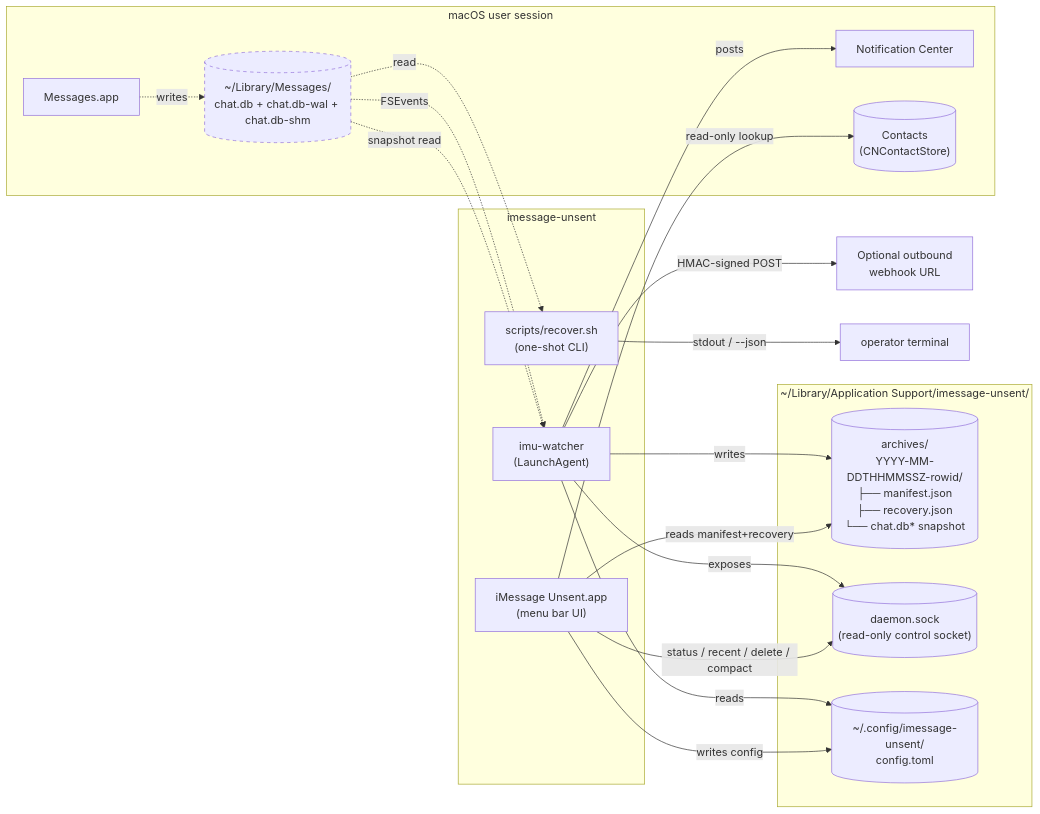
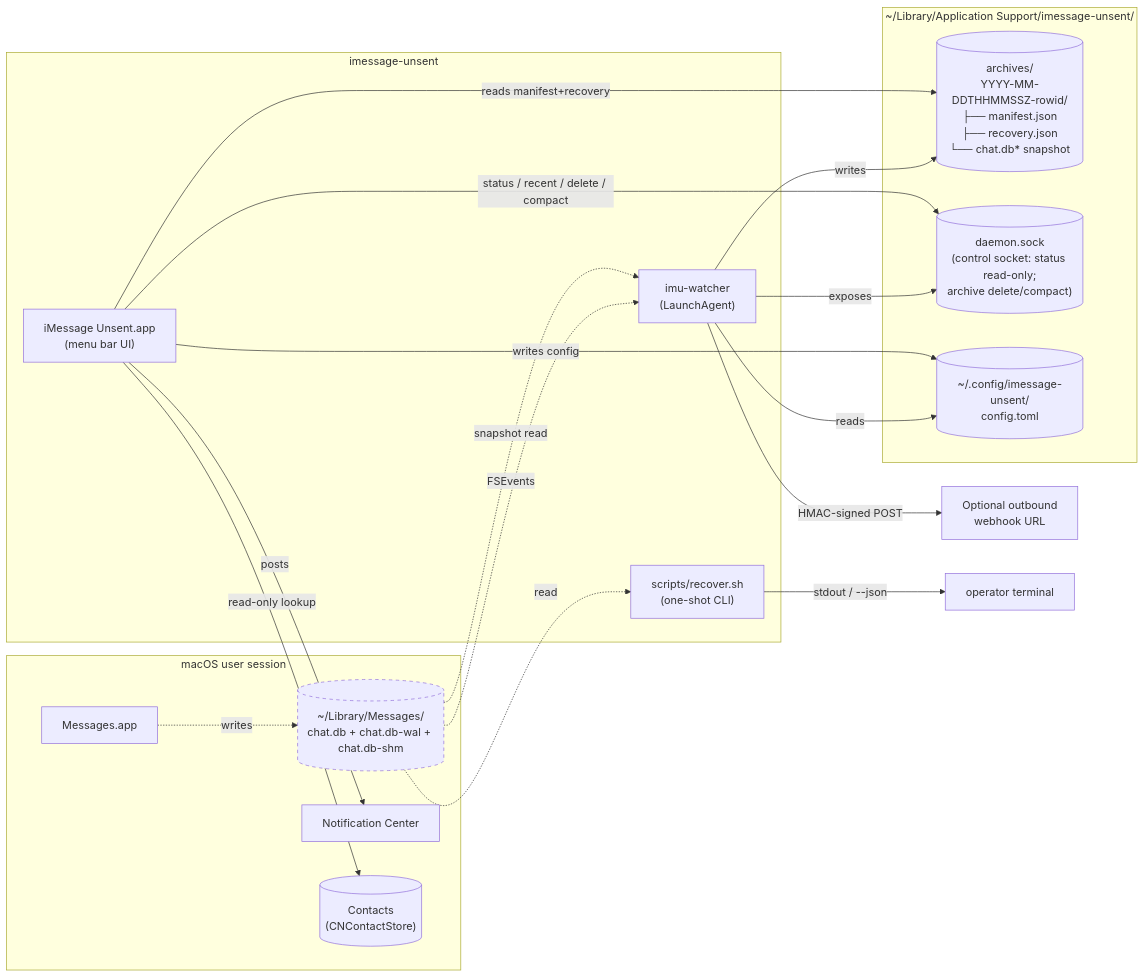
One commit to tyhallcsu/imessage-unsent changed the first of 3 diagrams in docs/architecture.md. Above: the diagram before and after it, drawn with Mermaid. The commit also changed other lines of this file and 8 other files, not shown here.

````diff
--- a/docs/architecture.md
+++ b/docs/architecture.md
@@ -11,44 +11,44 @@
 ```mermaid
 flowchart LR
     subgraph macOS["macOS user session"]
         Messages["Messages.app"]
         ChatDB[("~/Library/Messages/<br/>chat.db + chat.db-wal + chat.db-shm")]
         Notify["Notification Center"]
         Contacts[("Contacts<br/>(CNContactStore)")]
     end
 
     subgraph Project["imessage-unsent"]
         CLI["scripts/recover.sh<br/>(one-shot CLI)"]
         Daemon["imu-watcher<br/>(LaunchAgent)"]
         GUI["iMessage Unsent.app<br/>(menu bar UI)"]
     end
 
     subgraph Storage["~/Library/Application Support/imessage-unsent/"]
         Archives[("archives/<br/>YYYY-MM-DDTHHMMSSZ-rowid/<br/>├── manifest.json<br/>├── recovery.json<br/>└── chat.db* snapshot")]
-        Sock[("daemon.sock<br/>(read-only control socket)")]
+        Sock[("daemon.sock<br/>(control socket: status read-only;<br/>archive delete/compact)")]
         Cfg[("~/.config/imessage-unsent/<br/>config.toml")]
     end
 
     Webhook["Optional outbound<br/>webhook URL"]
 
     Messages -.writes.-> ChatDB
     ChatDB -.read.-> CLI
     ChatDB -.FSEvents.-> Daemon
     ChatDB -.snapshot read.-> Daemon
 
     CLI -->|stdout / --json| User1["operator terminal"]
 
     Daemon -->|writes| Archives
     Daemon -->|exposes| Sock
-    Daemon -->|posts| Notify
+    GUI -->|posts| Notify
     Daemon -->|HMAC-signed POST| Webhook
     Daemon -->|reads| Cfg
 
     GUI -->|status / recent / delete / compact| Sock
     GUI -->|reads manifest+recovery| Archives
     GUI -->|writes config| Cfg
     GUI -->|read-only lookup| Contacts
 
     classDef readonly stroke-dasharray: 5 5;
     class ChatDB readonly
 ```
````
